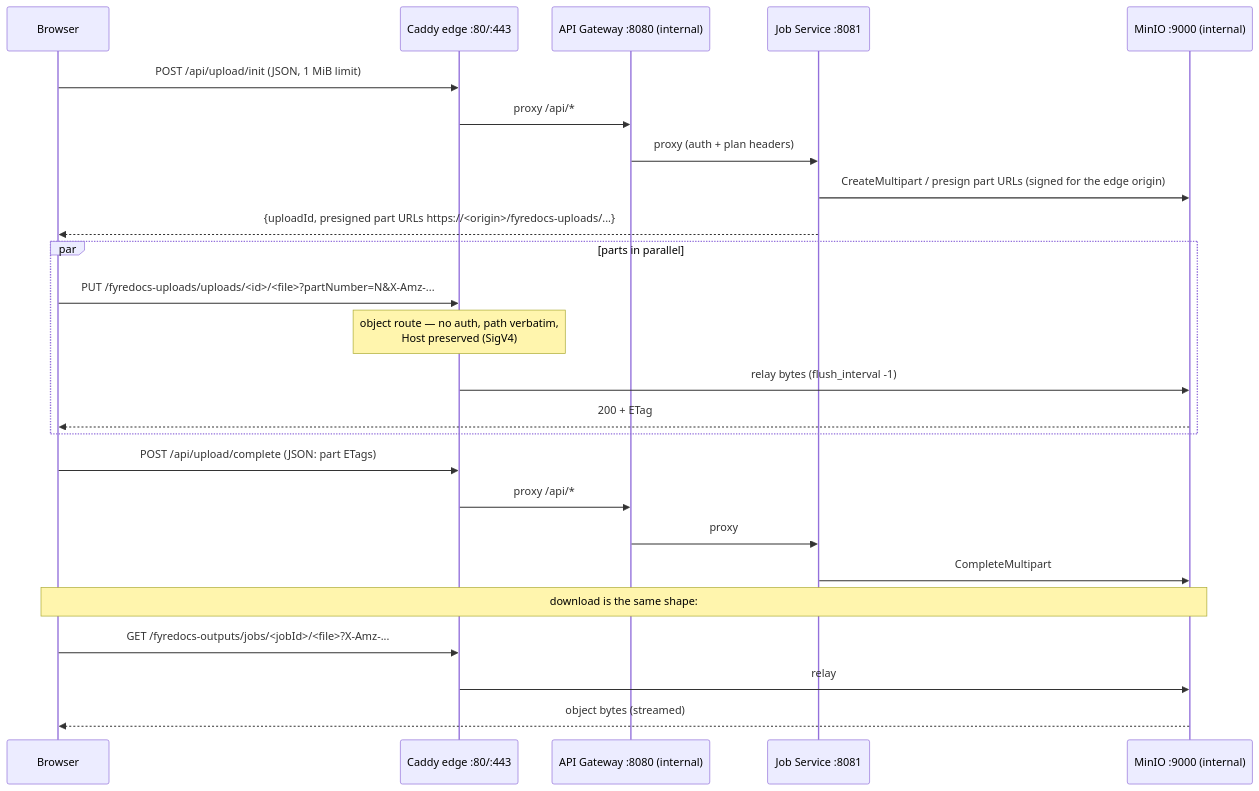
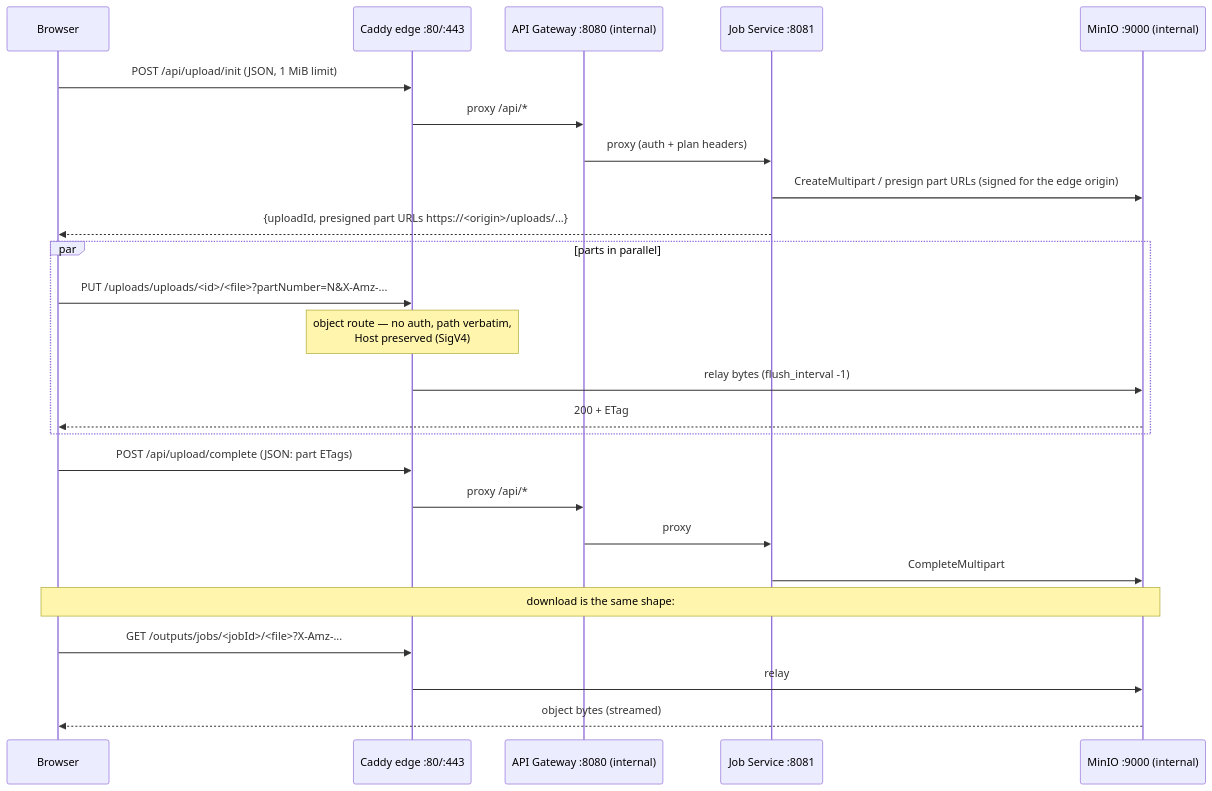
The fourth of 5 diagrams in docs/developer/services/API_GATEWAY.md (Prachidubey2003/fyredocs_backend), drawn with Mermaid before and after one commit. The commit also changed other lines of this file and 28 other files, not shown here.

````diff
--- a/docs/developer/services/API_GATEWAY.md
+++ b/docs/developer/services/API_GATEWAY.md
@@ -545,31 +545,31 @@
 ```mermaid
 sequenceDiagram
     participant B as Browser
     participant CY as Caddy edge :80/:443
     participant GW as API Gateway :8080 (internal)
     participant JS as Job Service :8081
     participant M as MinIO :9000 (internal)
 
     B->>CY: POST /api/upload/init (JSON, 1 MiB limit)
     CY->>GW: proxy /api/*
     GW->>JS: proxy (auth + plan headers)
     JS->>M: CreateMultipart / presign part URLs (signed for the edge origin)
-    JS-->>B: {uploadId, presigned part URLs https://<origin>/fyredocs-uploads/...}
+    JS-->>B: {uploadId, presigned part URLs https://<origin>/uploads/...}
 
     par parts in parallel
-        B->>CY: PUT /fyredocs-uploads/uploads/<id>/<file>?partNumber=N&X-Amz-...
+        B->>CY: PUT /uploads/uploads/<id>/<file>?partNumber=N&X-Amz-...
         Note over CY: object route — no auth, path verbatim,<br/>Host preserved (SigV4)
         CY->>M: relay bytes (flush_interval -1)
         M-->>B: 200 + ETag
     end
 
     B->>CY: POST /api/upload/complete (JSON: part ETags)
     CY->>GW: proxy /api/*
     GW->>JS: proxy
     JS->>M: CompleteMultipart
 
     Note over B,M: download is the same shape:
-    B->>CY: GET /fyredocs-outputs/jobs/<jobId>/<file>?X-Amz-...
+    B->>CY: GET /outputs/jobs/<jobId>/<file>?X-Amz-...
     CY->>M: relay
     M-->>B: object bytes (streamed)
 ```
````
